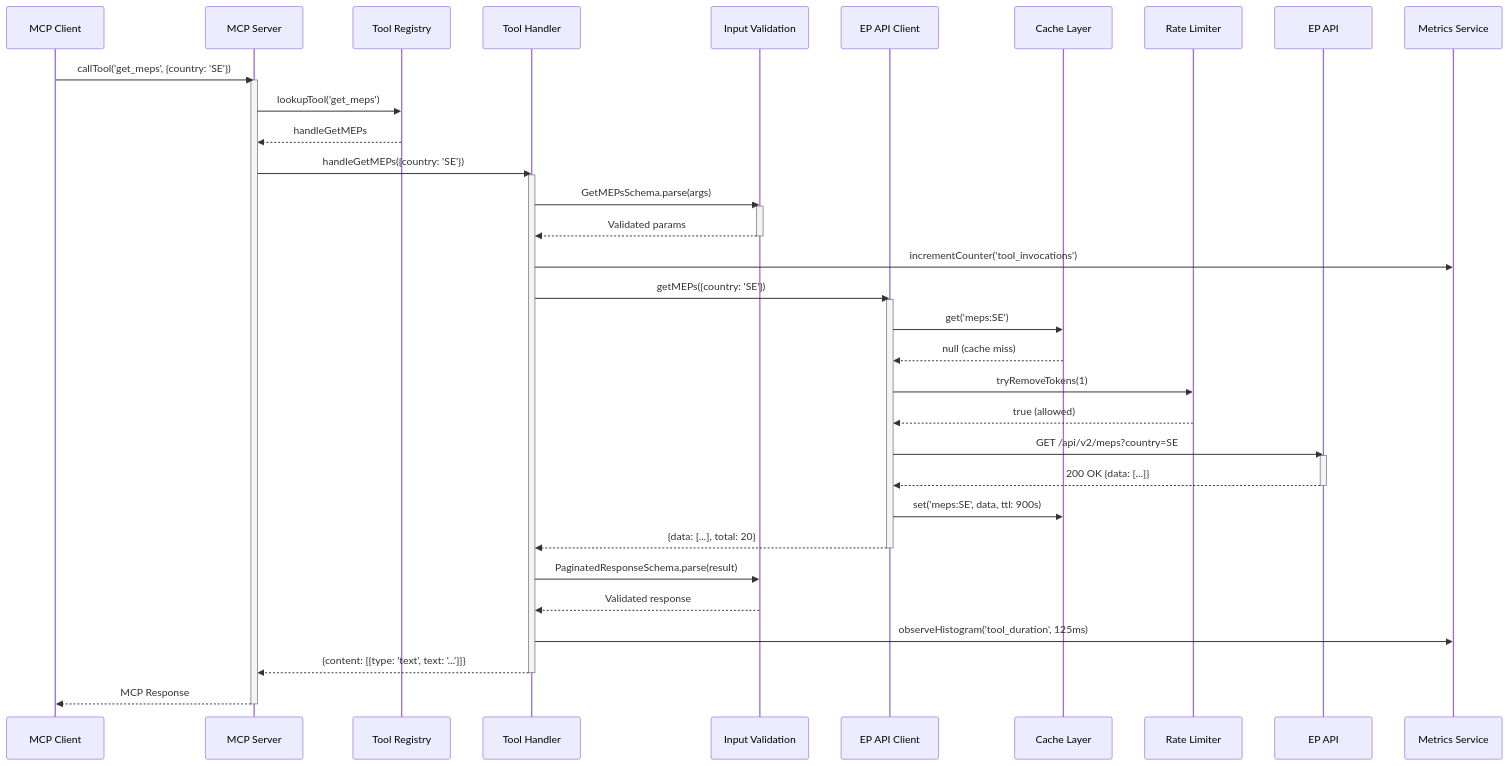
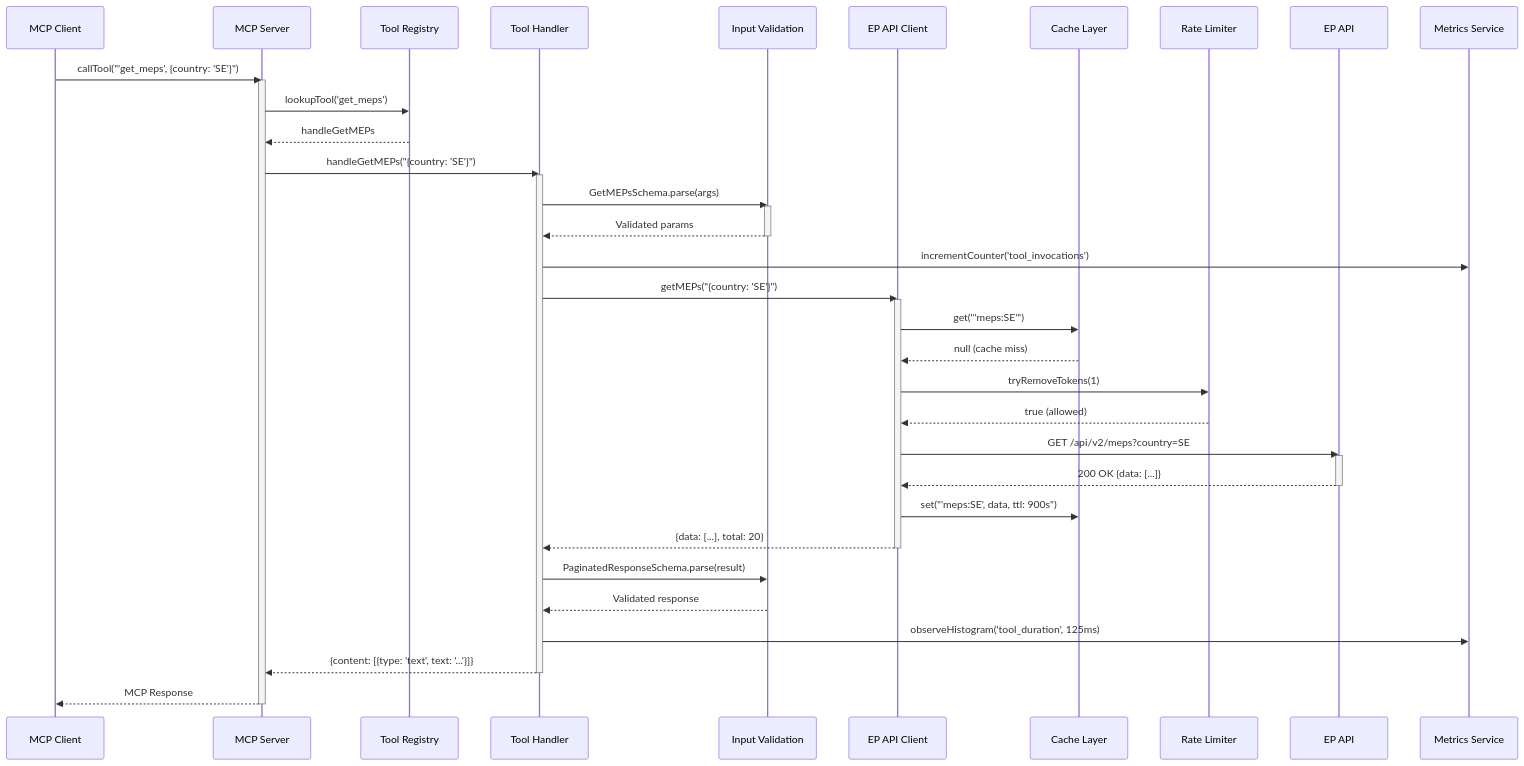
Before and after one commit to Hack23/European-Parliament-MCP-Server: the fourth of 14 diagrams in ARCHITECTURE_DIAGRAMS.md, drawn with Mermaid. The commit also changed other lines of this file and 15 other files, not shown here.

````diff
--- a/ARCHITECTURE_DIAGRAMS.md
+++ b/ARCHITECTURE_DIAGRAMS.md
@@ -322,58 +322,58 @@
 ```mermaid
 sequenceDiagram
     participant Client as MCP Client
     participant Server as MCP Server
     participant Registry as Tool Registry
     participant Tool as Tool Handler
     participant Validation as Input Validation
     participant EPClient as EP API Client
     participant Cache as Cache Layer
     participant RateLimit as Rate Limiter
     participant EPAPI as EP API
     participant Metrics as Metrics Service
     
-    Client->>Server: callTool('get_meps', {country: 'SE'})
+    Client->>Server: callTool("'get_meps', {country: 'SE'}")
     activate Server
     
     Server->>Registry: lookupTool('get_meps')
     Registry-->>Server: handleGetMEPs
     
-    Server->>Tool: handleGetMEPs({country: 'SE'})
+    Server->>Tool: handleGetMEPs("{country: 'SE'}")
     activate Tool
     
     Tool->>Validation: GetMEPsSchema.parse(args)
     activate Validation
     Validation-->>Tool: Validated params
     deactivate Validation
     
     Tool->>Metrics: incrementCounter('tool_invocations')
     
-    Tool->>EPClient: getMEPs({country: 'SE'})
+    Tool->>EPClient: getMEPs("{country: 'SE'}")
     activate EPClient
     
-    EPClient->>Cache: get('meps:SE')
+    EPClient->>Cache: get("'meps:SE'")
     Cache-->>EPClient: null (cache miss)
     
     EPClient->>RateLimit: tryRemoveTokens(1)
     RateLimit-->>EPClient: true (allowed)
     
     EPClient->>EPAPI: GET /api/v2/meps?country=SE
     activate EPAPI
     EPAPI-->>EPClient: 200 OK {data: [...]}
     deactivate EPAPI
     
-    EPClient->>Cache: set('meps:SE', data, ttl: 900s)
+    EPClient->>Cache: set("'meps:SE', data, ttl: 900s")
     EPClient-->>Tool: {data: [...], total: 20}
     deactivate EPClient
     
     Tool->>Validation: PaginatedResponseSchema.parse(result)
     Validation-->>Tool: Validated response
     
     Tool->>Metrics: observeHistogram('tool_duration', 125ms)
     
     Tool-->>Server: {content: [{type: 'text', text: '...'}]}
     deactivate Tool
     
     Server-->>Client: MCP Response
     deactivate Server
 ```
````
